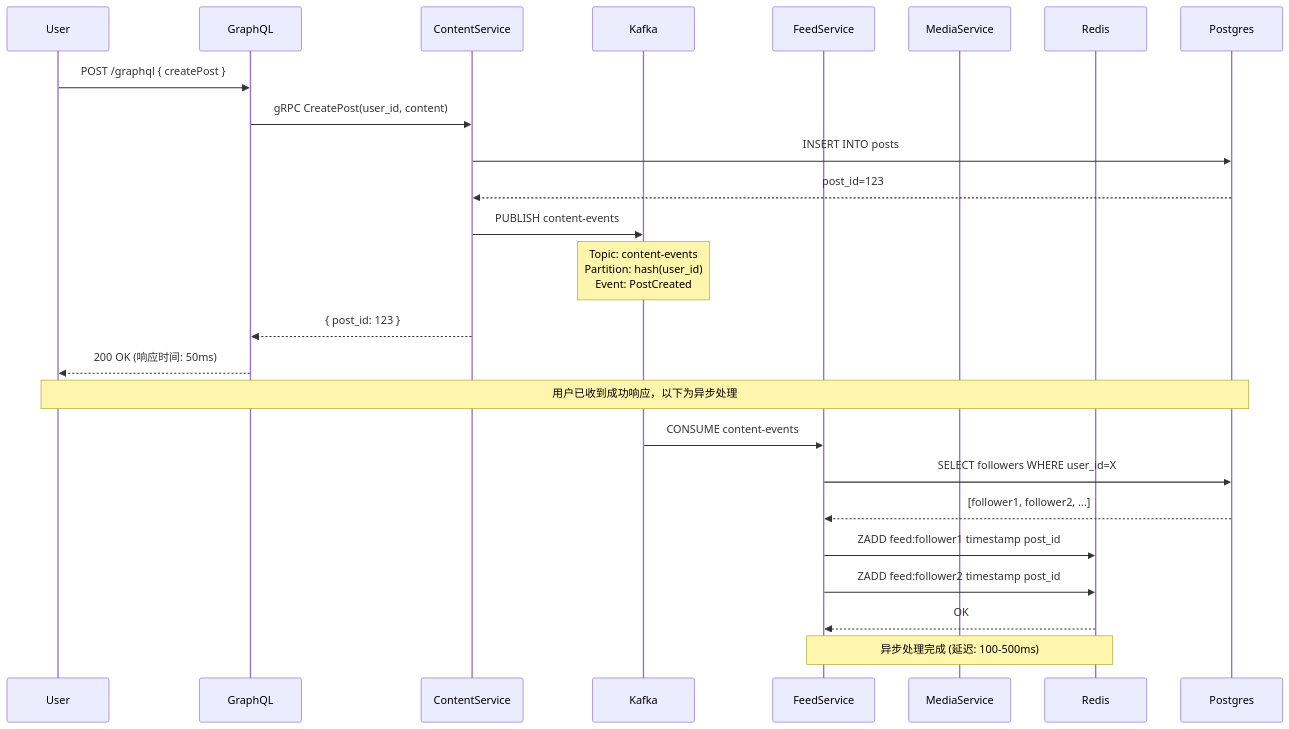
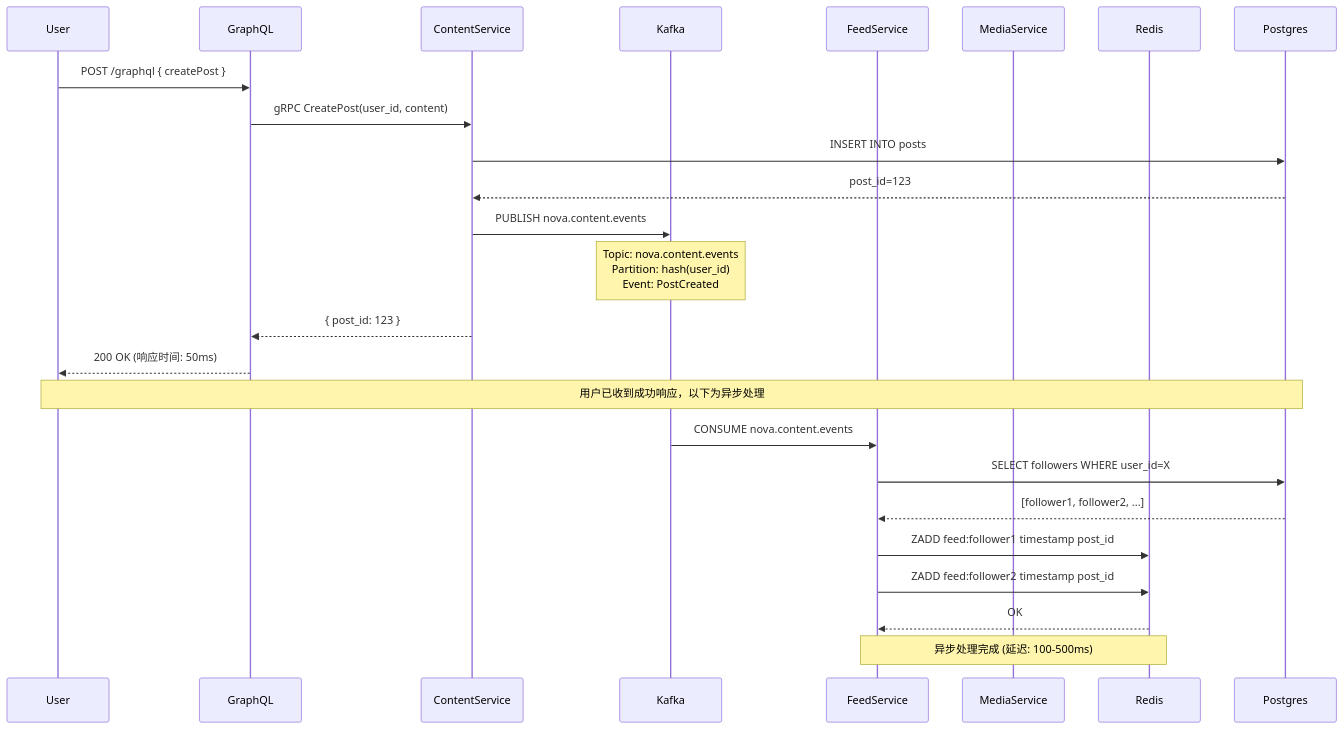
The first of 3 diagrams in docs/analysis/ARCHITECTURE_BENEFITS_AND_FLOWS.md (proerror77/Nova), drawn with Mermaid before and after one commit. The commit also changed other lines of this file and 22 other files, not shown here.

````diff
--- a/docs/analysis/ARCHITECTURE_BENEFITS_AND_FLOWS.md
+++ b/docs/analysis/ARCHITECTURE_BENEFITS_AND_FLOWS.md
@@ -164,35 +164,35 @@
 ```mermaid
 sequenceDiagram
     participant User
     participant GraphQL
     participant ContentService
     participant Kafka
     participant FeedService
     participant MediaService
     participant Redis
     participant Postgres
 
     User->>GraphQL: POST /graphql { createPost }
     GraphQL->>ContentService: gRPC CreatePost(user_id, content)
 
     ContentService->>Postgres: INSERT INTO posts
     Postgres-->>ContentService: post_id=123
 
-    ContentService->>Kafka: PUBLISH content-events
-    Note over Kafka: Topic: content-events<br/>Partition: hash(user_id)<br/>Event: PostCreated
+    ContentService->>Kafka: PUBLISH nova.content.events
+    Note over Kafka: Topic: nova.content.events<br/>Partition: hash(user_id)<br/>Event: PostCreated
 
     ContentService-->>GraphQL: { post_id: 123 }
     GraphQL-->>User: 200 OK (响应时间: 50ms)
 
     Note over User,Postgres: 用户已收到成功响应，以下为异步处理
 
-    Kafka->>FeedService: CONSUME content-events
+    Kafka->>FeedService: CONSUME nova.content.events
     FeedService->>Postgres: SELECT followers WHERE user_id=X
     Postgres-->>FeedService: [follower1, follower2, ...]
 
     FeedService->>Redis: ZADD feed:follower1 timestamp post_id
     FeedService->>Redis: ZADD feed:follower2 timestamp post_id
     Redis-->>FeedService: OK
 
     Note over FeedService,Redis: 异步处理完成 (延迟: 100-500ms)
 ```
````
